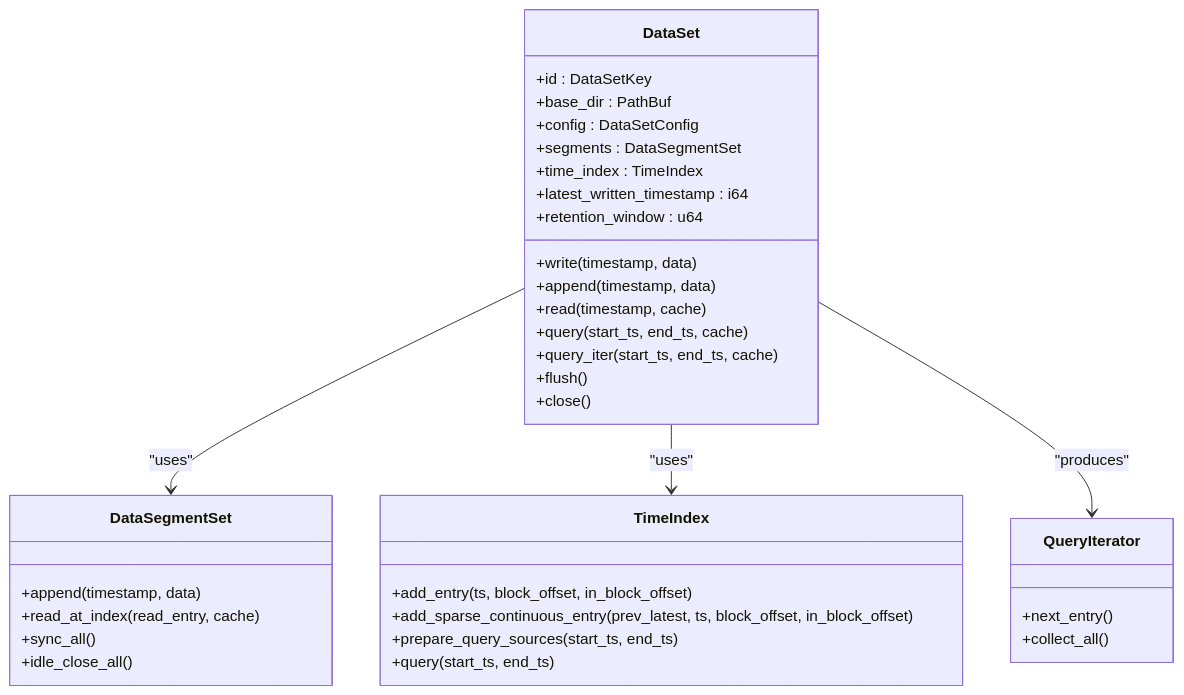
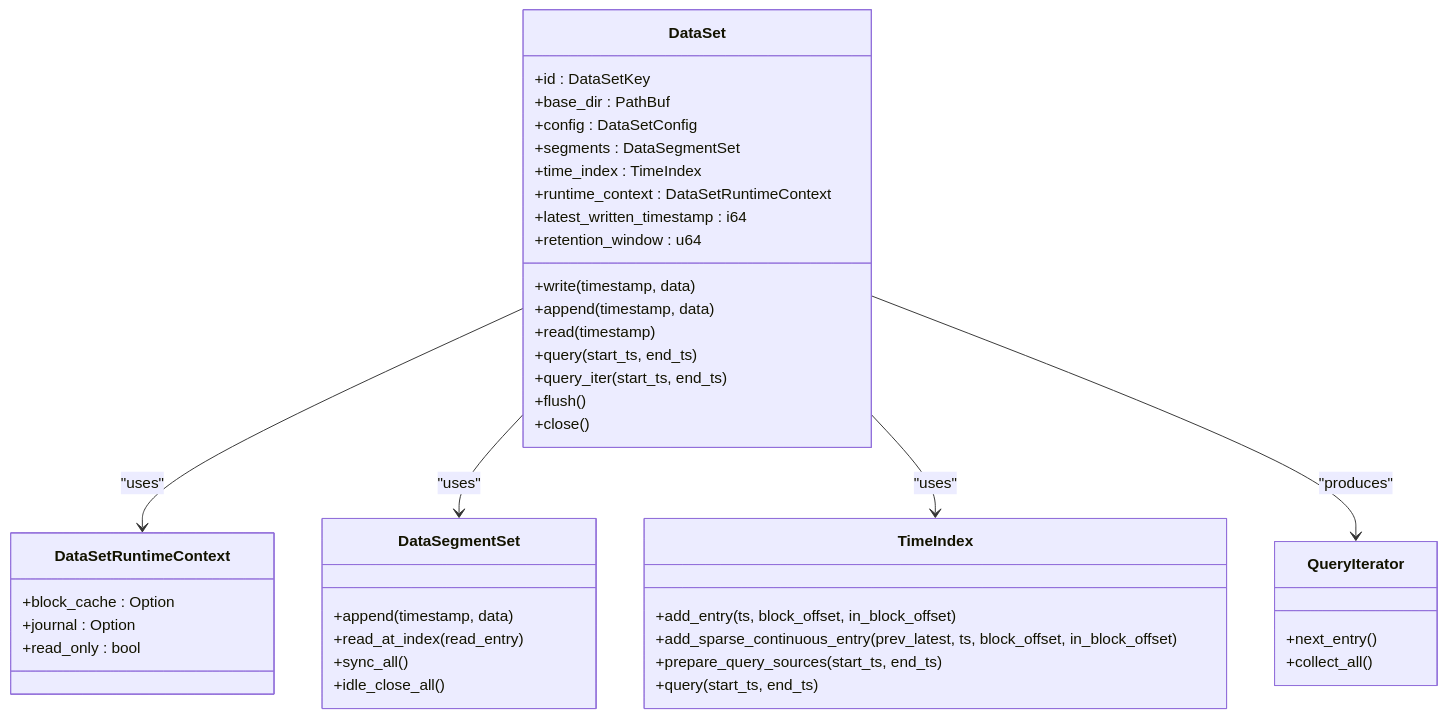
Before and after one commit to snower/timslite: the second of 5 diagrams in .qoder/repowiki/en/content/API Reference/Rust API/Dataset Operations.md, drawn with Mermaid. The commit also changed other lines of this file and 35 other files, not shown here.

````diff
--- a/.qoder/repowiki/en/content/API Reference/Rust API/Dataset Operations.md
+++ b/.qoder/repowiki/en/content/API Reference/Rust API/Dataset Operations.md
@@ -106,38 +119,45 @@
 ```mermaid
 classDiagram
 class DataSet {
 +id : DataSetKey
 +base_dir : PathBuf
 +config : DataSetConfig
 +segments : DataSegmentSet
 +time_index : TimeIndex
++runtime_context : DataSetRuntimeContext
 +latest_written_timestamp : i64
 +retention_window : u64
 +write(timestamp, data)
 +append(timestamp, data)
-+read(timestamp, cache)
-+query(start_ts, end_ts, cache)
-+query_iter(start_ts, end_ts, cache)
++read(timestamp)
++query(start_ts, end_ts)
++query_iter(start_ts, end_ts)
 +flush()
 +close()
 }
+class DataSetRuntimeContext {
++block_cache : Option<BlockCache>
++journal : Option<DataSetJournalSink>
++read_only : bool
+}
 class DataSegmentSet {
 +append(timestamp, data)
-+read_at_index(read_entry, cache)
++read_at_index(read_entry)
 +sync_all()
 +idle_close_all()
 }
 class TimeIndex {
 +add_entry(ts, block_offset, in_block_offset)
 +add_sparse_continuous_entry(prev_latest, ts, block_offset, in_block_offset)
 +prepare_query_sources(start_ts, end_ts)
 +query(start_ts, end_ts)
 }
 class QueryIterator {
 +next_entry()
 +collect_all()
 }
+DataSet --> DataSetRuntimeContext : "uses"
 DataSet --> DataSegmentSet : "uses"
 DataSet --> TimeIndex : "uses"
 DataSet --> QueryIterator : "produces"
 ```
````
